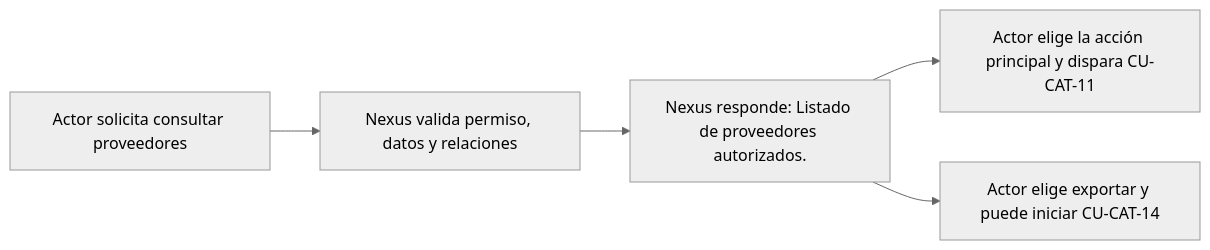
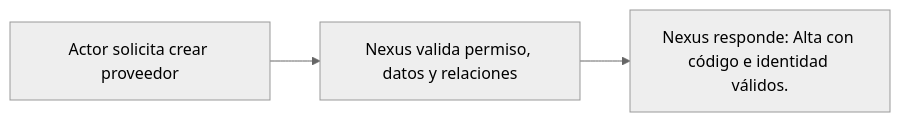
The diagram in docs/requirements/diagrams/catalogs/cu-cat-10.md (gpgsistemas01/nexus), drawn with Mermaid (neutral theme) before and after one commit. The commit also changed other lines of this file and 207 other files, not shown here.

````diff
--- a/docs/requirements/diagrams/catalogs/cu-cat-10.md
+++ b/docs/requirements/diagrams/catalogs/cu-cat-10.md
@@ -3,7 +3,5 @@
 ```mermaid
 flowchart LR
-    request["Actor solicita consultar proveedores"] --> validate["Nexus valida permiso, datos y relaciones"]
-    validate --> result["Nexus responde: Listado de proveedores autorizados."]
-    result --> primary["Actor elige la acción principal y dispara CU-CAT-11"]
-    result --> report["Actor elige exportar y puede iniciar CU-CAT-14"]
+    request["Actor solicita crear proveedor"] --> validate["Nexus valida permiso, datos y relaciones"]
+    validate --> result["Nexus responde: Alta con código e identidad válidos."]
 ```
````
